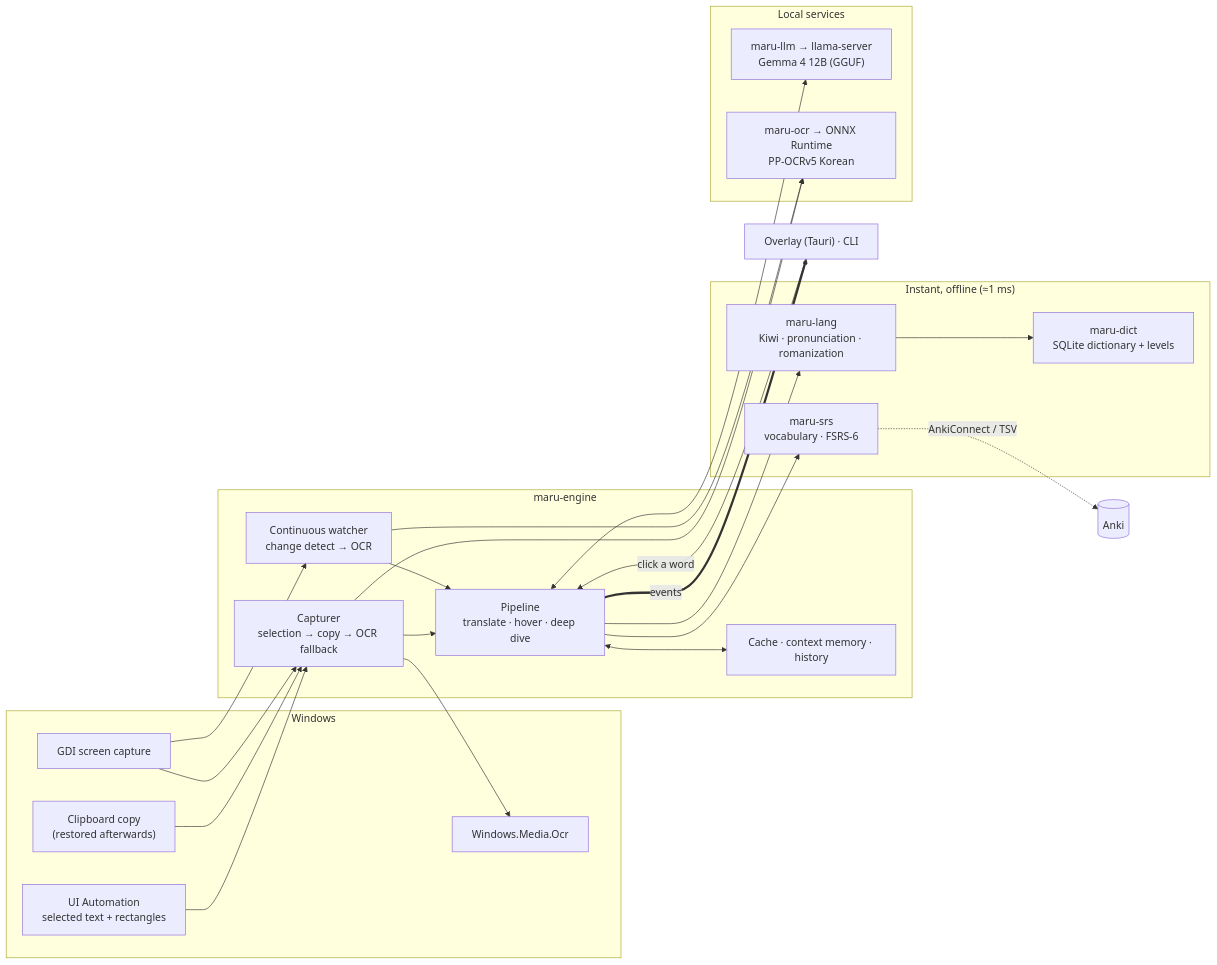
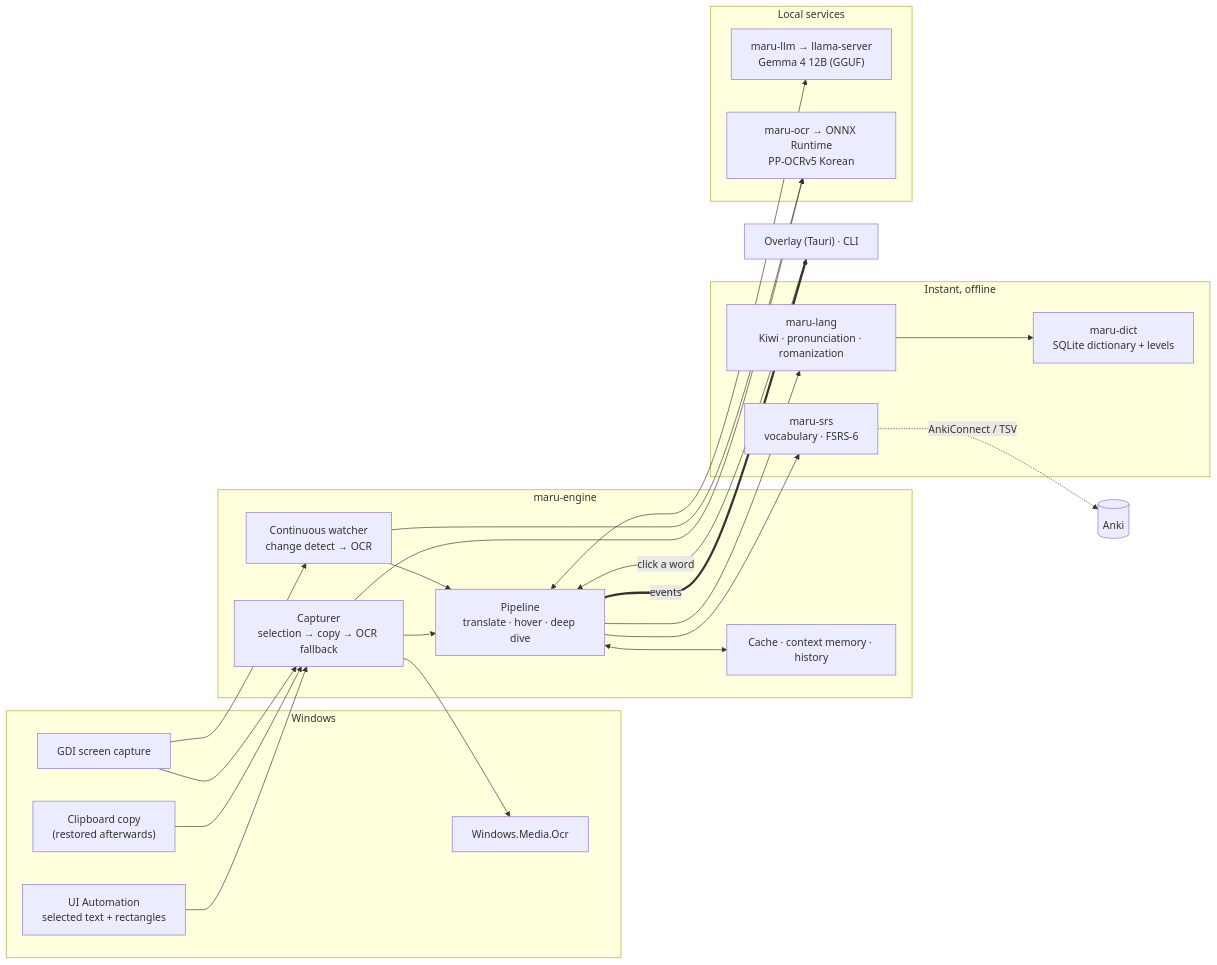
The diagram in docs/ARCHITECTURE.md (myussu/koreanOCR), drawn with Mermaid before and after one commit. The commit also changed 1 other file, not shown here.

Commit message:
Docs: do not claim a Kiwi latency that was not measured
Claude-Session: https://claude.ai/code/session_01FrF8YxCBLt7gFSwCZEBn3a

````diff
--- a/docs/ARCHITECTURE.md
+++ b/docs/ARCHITECTURE.md
@@ -6,42 +6,42 @@
 ```mermaid
 flowchart LR
     subgraph OS["Windows"]
         UIA["UI Automation<br/>selected text + rectangles"]
         CB["Clipboard copy<br/>(restored afterwards)"]
         GDI["GDI screen capture"]
         WOCR["Windows.Media.Ocr"]
     end
     subgraph Engine["maru-engine"]
         CAP["Capturer<br/>selection → copy → OCR fallback"]
         PIPE["Pipeline<br/>translate · hover · deep dive"]
         CACHE["Cache · context memory · history"]
         CONT["Continuous watcher<br/>change detect → OCR"]
     end
-    subgraph Offline["Instant, offline (≈1 ms)"]
+    subgraph Offline["Instant, offline"]
         LANG["maru-lang<br/>Kiwi · pronunciation · romanization"]
         DICT["maru-dict<br/>SQLite dictionary + levels"]
         VOC["maru-srs<br/>vocabulary · FSRS-6"]
     end
     subgraph Local["Local services"]
         LLM["maru-llm → llama-server<br/>Gemma 4 12B (GGUF)"]
         PPOCR["maru-ocr → ONNX Runtime<br/>PP-OCRv5 Korean"]
     end
     UI["Overlay (Tauri) · CLI"]
 
     UIA --> CAP
     CB --> CAP
     GDI --> CAP
     GDI --> CONT
     CAP --> PPOCR
     CAP --> WOCR
     CONT --> PPOCR
     CAP --> PIPE
     CONT --> PIPE
     PIPE --> LANG --> DICT
     PIPE --> VOC
     PIPE <--> LLM
     PIPE <--> CACHE
     PIPE ==events==> UI
     UI --click a word--> PIPE
     VOC -. AnkiConnect / TSV .-> ANKI[(Anki)]
 ```
````
